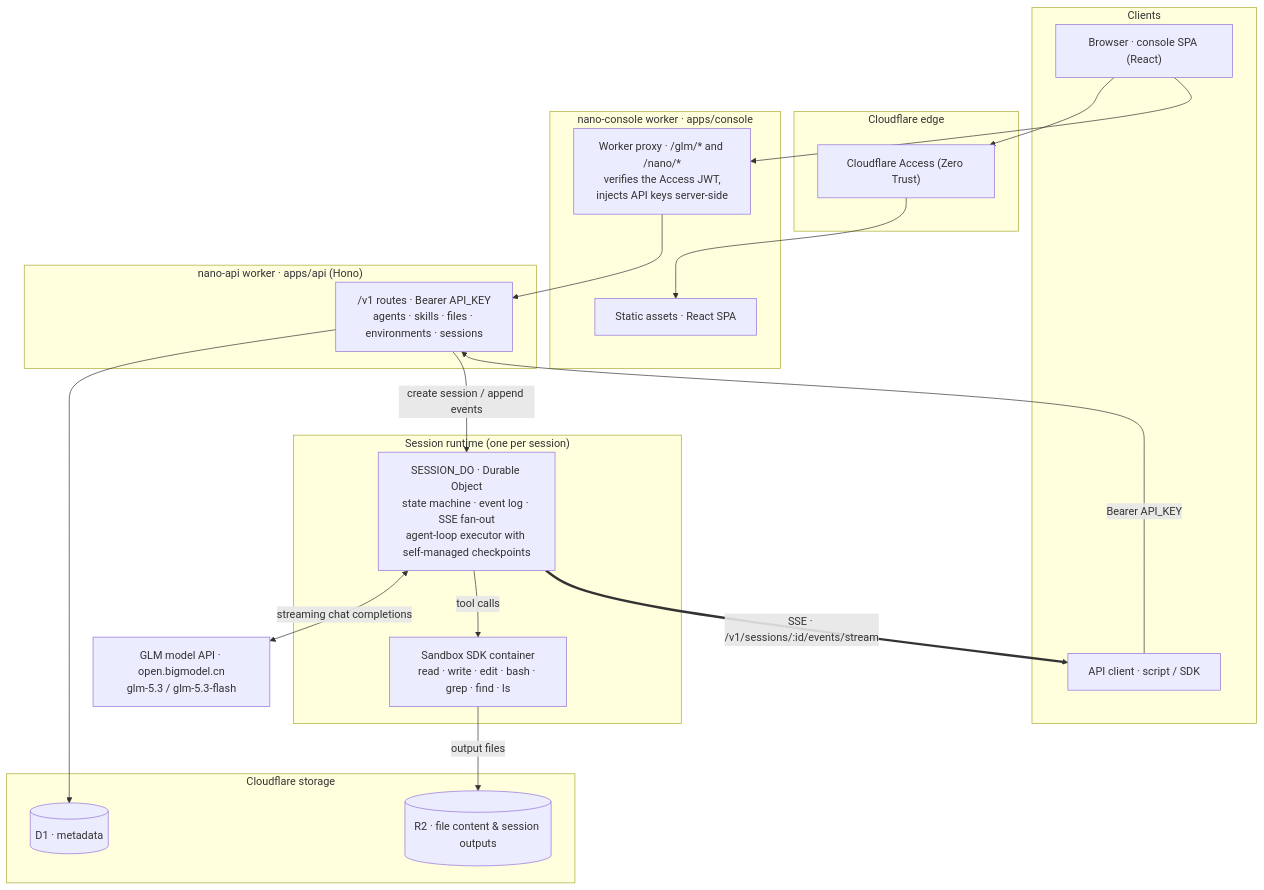
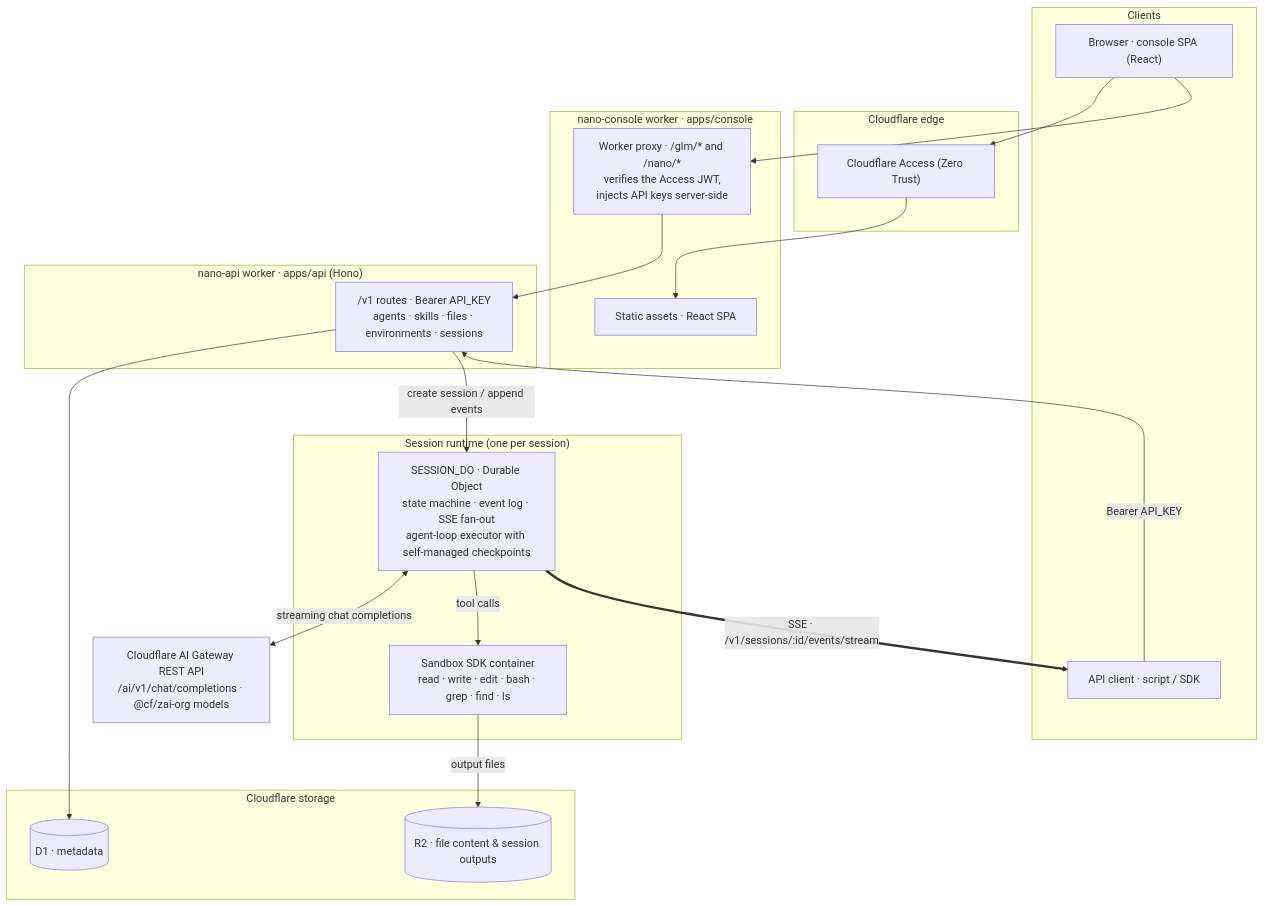
One commit to lgorthm/nano-managed-agent changed the diagram in README.md. Above: the diagram before and after it, drawn with Mermaid. The commit also changed other lines of this file and 30 other files, not shown here.

Commit message:
feat(api): 模型服务迁移 Cloudflare AI Gateway,新增模型目录(/v1/models)与 console 模型选择:静态目录 glm-5.3/-flash 映射 @cf/zai-org wire 名称,目录外 id 透传;凭据改 CLOUDFLARE_API_TOKEN(secret)+ACCOUNT_ID/GATEWAY_ID(deploy.sh 回填),动态目录合并 Workers AI Models API(失败静默降级);deploy.sh / README / docs 同步

````diff
--- a/README.md
+++ b/README.md
@@ -93,42 +93,42 @@
 ```mermaid
 flowchart TB
     subgraph USER["Clients"]
         BROWSER["Browser · console SPA (React)"]
         CLIENT["API client · script / SDK"]
     end
 
     subgraph ACCESS["Cloudflare edge"]
         GATE["Cloudflare Access (Zero Trust)"]
     end
 
     subgraph CONSOLE["nano-console worker · apps/console"]
         SPA["Static assets · React SPA"]
         PROXY["Worker proxy · /glm/* and /nano/*<br/>verifies the Access JWT,<br/>injects API keys server-side"]
     end
 
     subgraph APIW["nano-api worker · apps/api (Hono)"]
         ROUTES["/v1 routes · Bearer API_KEY<br/>agents · skills · files · environments · sessions"]
     end
 
     subgraph RUNTIME["Session runtime (one per session)"]
         DO["SESSION_DO · Durable Object<br/>state machine · event log · SSE fan-out<br/>agent-loop executor with self-managed checkpoints"]
         SANDBOX["Sandbox SDK container<br/>read · write · edit · bash · grep · find · ls"]
     end
 
     subgraph STORE["Cloudflare storage"]
         D1[("D1 · metadata")]
         R2[("R2 · file content & session outputs")]
     end
 
-    GLM["GLM model API · open.bigmodel.cn<br/>glm-5.3 / glm-5.3-flash"]
+    GLM["Cloudflare AI Gateway REST API<br/>/ai/v1/chat/completions · @cf/zai-org models"]
 
     BROWSER --> GATE --> SPA
     BROWSER --> PROXY --> ROUTES
     CLIENT -->|"Bearer API_KEY"| ROUTES
     ROUTES --> D1
     ROUTES -->|"create session / append events"| DO
     DO <-->|"streaming chat completions"| GLM
     DO -->|"tool calls"| SANDBOX
     SANDBOX -->|"output files"| R2
     DO ==>|"SSE · /v1/sessions/:id/events/stream"| CLIENT
 ```
````
